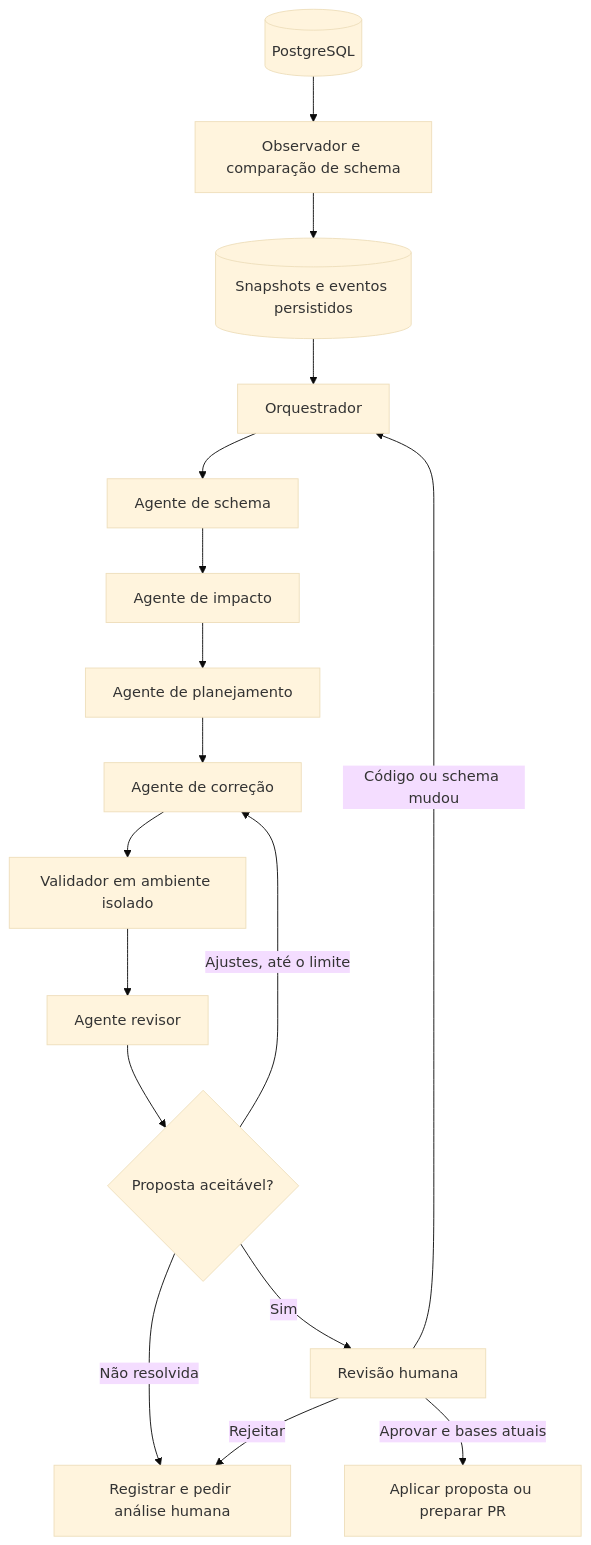
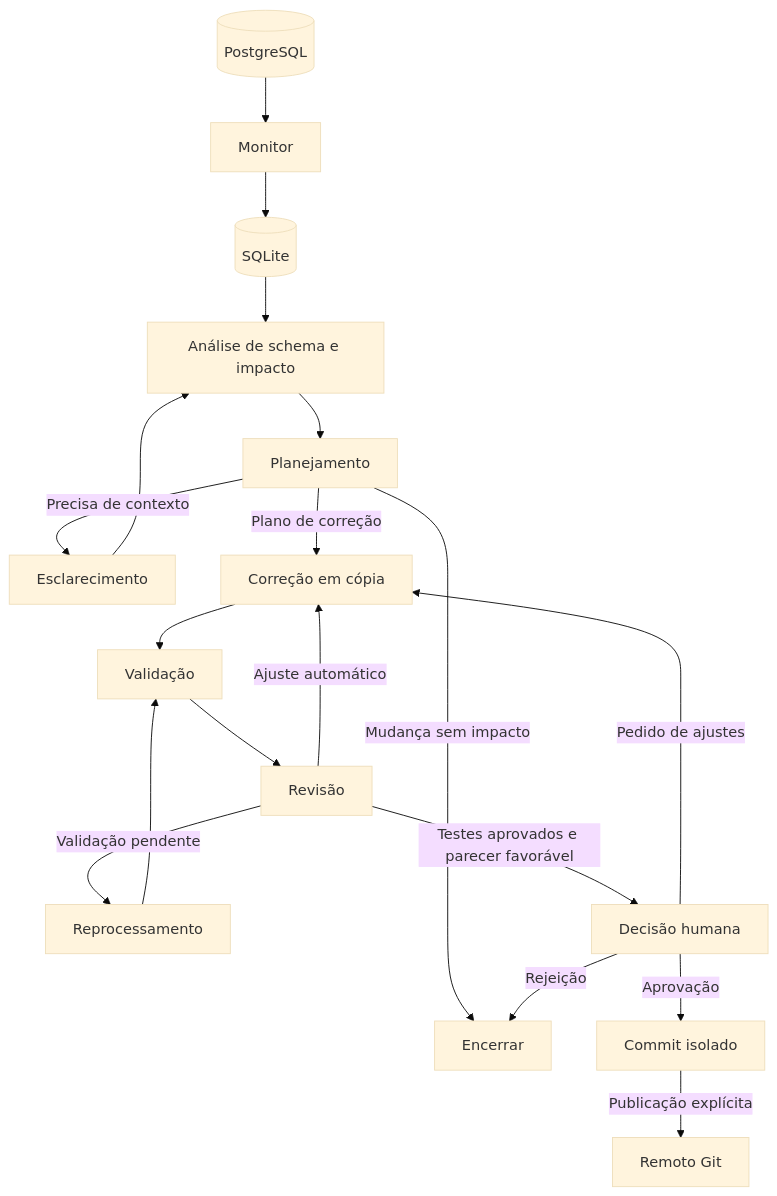
One commit to iago511/Self-Healing-Polyglot-Schema-Code-Bifurcation-System changed the diagram in docs/ARQUITETURA_MULTIAGENTE.md. Above: the diagram before and after it, drawn with Mermaid (base theme). The commit also changed other lines of this file and 24 other files, not shown here.

Commit message:
feat: integrar grafo de correção e publicação Git

````diff
--- a/docs/ARQUITETURA_MULTIAGENTE.md
+++ b/docs/ARQUITETURA_MULTIAGENTE.md
@@ -13,19 +5,21 @@
 ```mermaid
 flowchart TD
-    DB[(PostgreSQL)] --> OBS[Observador e comparação de schema]
-    OBS --> EVT[(Snapshots e eventos persistidos)]
-    EVT --> ORQ[Orquestrador]
-    ORQ --> SCH[Agente de schema]
-    SCH --> IMP[Agente de impacto]
-    IMP --> PLN[Agente de planejamento]
-    PLN --> DEV[Agente de correção]
-    DEV --> VAL[Validador em ambiente isolado]
-    VAL --> REV[Agente revisor]
-    REV --> DEC{Proposta aceitável?}
-    DEC -->|Ajustes, até o limite| DEV
-    DEC -->|Não resolvida| STOP[Registrar e pedir análise humana]
-    DEC -->|Sim| HUMAN[Revisão humana]
-    HUMAN -->|Aprovar e bases atuais| APPLY[Aplicar proposta ou preparar PR]
-    HUMAN -->|Rejeitar| STOP
-    HUMAN -->|Código ou schema mudou| ORQ
+    PG[(PostgreSQL)] --> M[Monitor]
+    M --> DB[(SQLite)]
+    DB --> A[Análise de schema e impacto]
+    A --> P[Planejamento]
+    P -->|Precisa de contexto| X[Esclarecimento]
+    X --> A
+    P -->|Mudança sem impacto| F[Encerrar]
+    P -->|Plano de correção| C[Correção em cópia]
+    C --> V[Validação]
+    V --> R[Revisão]
+    R -->|Ajuste automático| C
+    R -->|Validação pendente| Q[Reprocessamento]
+    Q --> V
+    R -->|Testes aprovados e parecer favorável| H[Decisão humana]
+    H -->|Aprovação| G[Commit isolado]
+    H -->|Rejeição| F
+    H -->|Pedido de ajustes| C
+    G -->|Publicação explícita| REM[Remoto Git]
 ```
````
